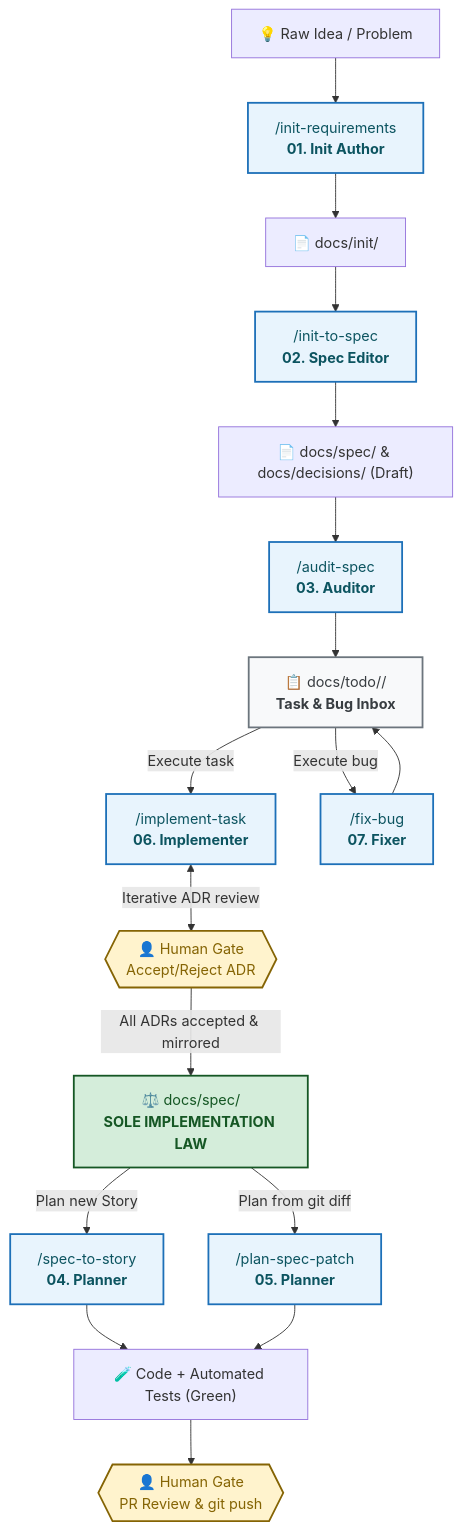
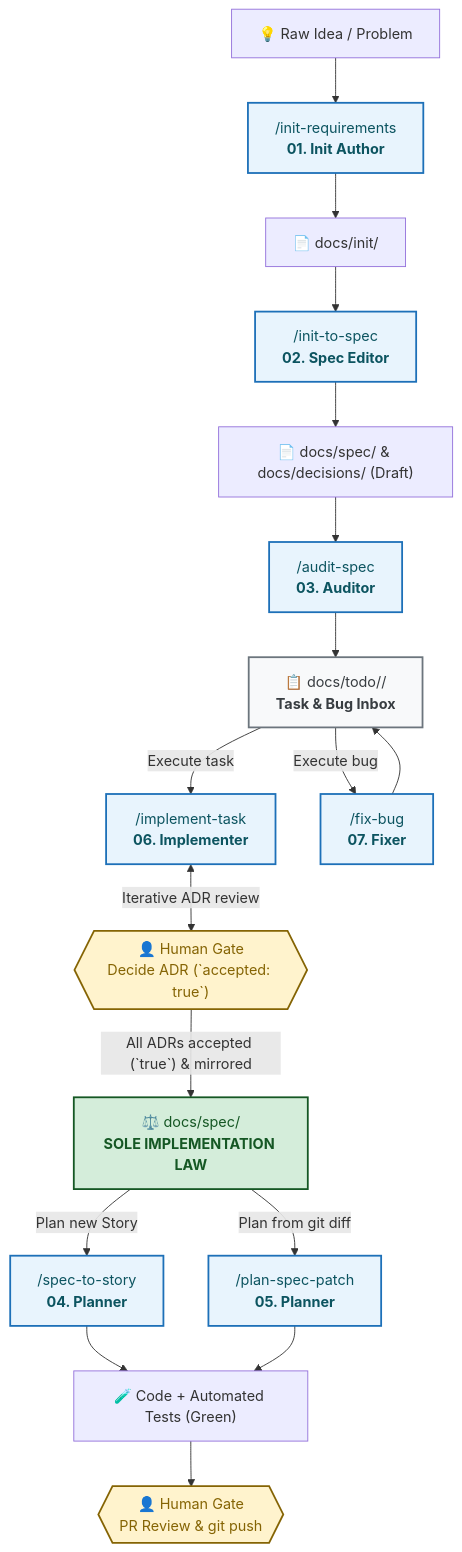
One commit to gste/deltafuse changed the diagram in docs/process/README.md. Above: the diagram before and after it, drawn with Mermaid. The commit also changed 14 other files, not shown here.

Commit message:
refactor: simplify ADR status model to binary accepted: false/true with explicit Decision Outcome

````diff
--- a/docs/process/README.md
+++ b/docs/process/README.md
@@ -20,32 +20,32 @@
 ```mermaid
 flowchart TD
     classDef human fill:#fff3cd,stroke:#856404,stroke-width:2px,color:#856404;
     classDef skill fill:#e8f4fd,stroke:#1d70b8,stroke-width:2px,color:#0c5460;
     classDef law fill:#d4edda,stroke:#155724,stroke-width:2px,color:#155724;
     classDef inbox fill:#f8f9fa,stroke:#6c757d,stroke-width:2px,color:#383d41;
 
     Raw["💡 Raw Idea / Problem"] --> S1["/init-requirements<br><b>01. Init Author</b>"]:::skill
     S1 --> InitDoc["📄 docs/init/"]
 
     InitDoc --> S2["/init-to-spec<br><b>02. Spec Editor</b>"]:::skill
     S2 --> SpecDraft["📄 docs/spec/ & docs/decisions/ (Draft)"]
 
     SpecDraft --> S3["/audit-spec<br><b>03. Auditor</b>"]:::skill
-    S6 <-->|"Iterative ADR review"| Gate1{{"👤 Human Gate<br>Accept/Reject ADR"}}:::human
+    S6 <-->|"Iterative ADR review"| Gate1{{"👤 Human Gate<br>Decide ADR (`accepted: true`)"}}:::human
 
-    Gate1 -->|"All ADRs accepted & mirrored"| SpecLaw["⚖️ docs/spec/<br><b>SOLE IMPLEMENTATION LAW</b>"]:::law
+    Gate1 -->|"All ADRs accepted (`true`) & mirrored"| SpecLaw["⚖️ docs/spec/<br><b>SOLE IMPLEMENTATION LAW</b>"]:::law
 
     SpecLaw -->|"Plan new Story"| S4["/spec-to-story<br><b>04. Planner</b>"]:::skill
     SpecLaw -->|"Plan from git diff"| S5["/plan-spec-patch<br><b>05. Planner</b>"]:::skill
 
     S3 --> Inbox["📋 docs/todo/<story>/<br><b>Task & Bug Inbox</b>"]:::inbox
     S7 --> Inbox
 
     Inbox -->|"Execute task"| S6["/implement-task<br><b>06. Implementer</b>"]:::skill
     Inbox -->|"Execute bug"| S7["/fix-bug<br><b>07. Fixer</b>"]:::skill
 
     S4 --> Code["🧪 Code + Automated Tests (Green)"]
     S5 --> Code
 
     Code --> Gate2{{"👤 Human Gate<br>PR Review & git push"}}:::human
 ```
````
